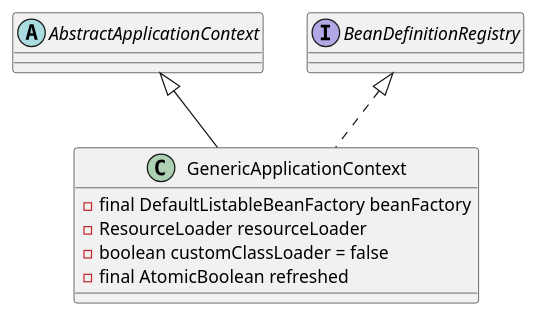
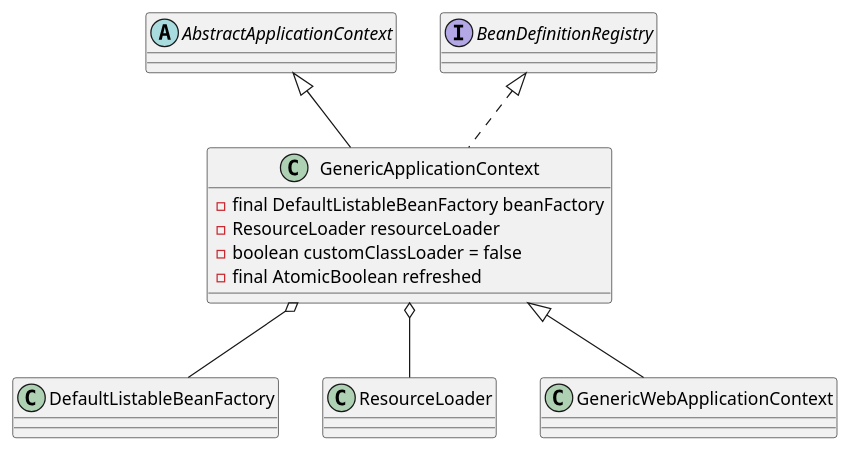
Before and after one commit to onlyonion/development: the diagram in 20-framework/src/spring/spring-context/context/support/GenericApplicationContext.md, drawn with PlantUML. The commit also changed other lines of this file and 48 other files, not shown here.

````diff
--- a/20-framework/src/spring/spring-context/context/support/GenericApplicationContext.md
+++ b/20-framework/src/spring/spring-context/context/support/GenericApplicationContext.md
@@ -22,20 +30,24 @@
 ```plantuml
 @startuml
 
 abstract class AbstractApplicationContext
 AbstractApplicationContext ^-- GenericApplicationContext
 
 interface BeanDefinitionRegistry
 BeanDefinitionRegistry ^.. GenericApplicationContext
 
 class GenericApplicationContext {
 	- final DefaultListableBeanFactory beanFactory
     - ResourceLoader resourceLoader
     - boolean customClassLoader = false
     - final AtomicBoolean refreshed
 }
 
+GenericApplicationContext o-- DefaultListableBeanFactory
+GenericApplicationContext o-- ResourceLoader
 
+class GenericWebApplicationContext
+GenericApplicationContext ^-- GenericWebApplicationContext
 
 @enduml
 ```
````
